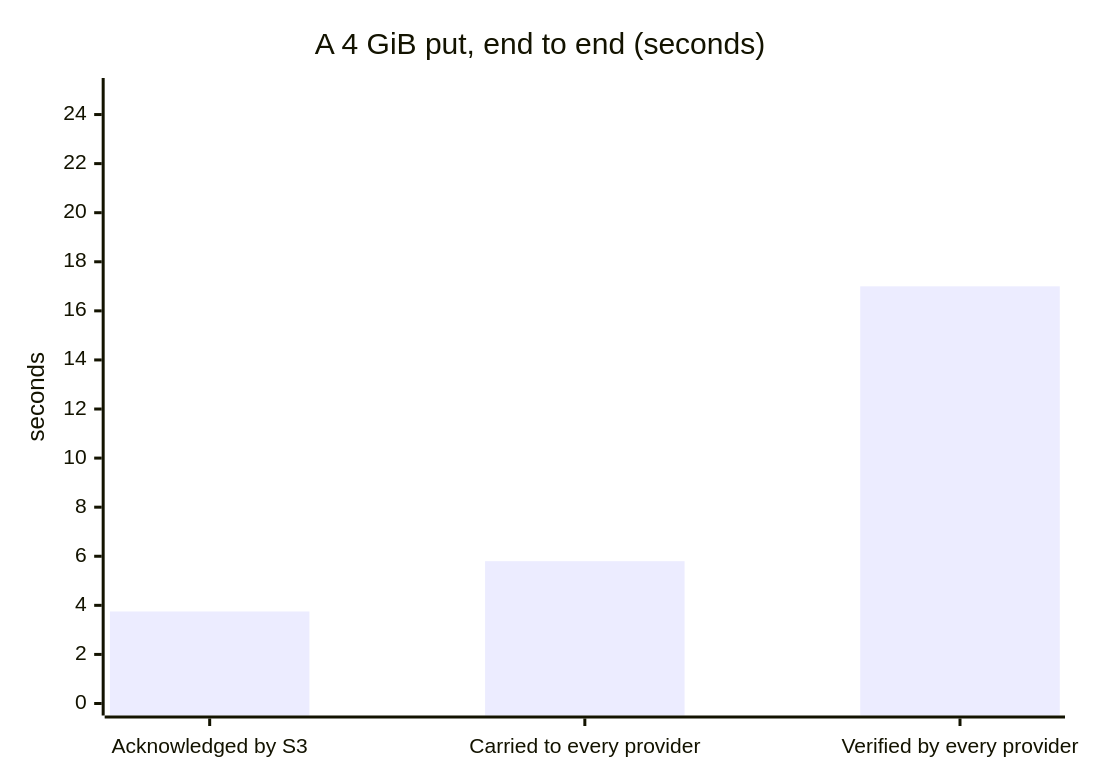
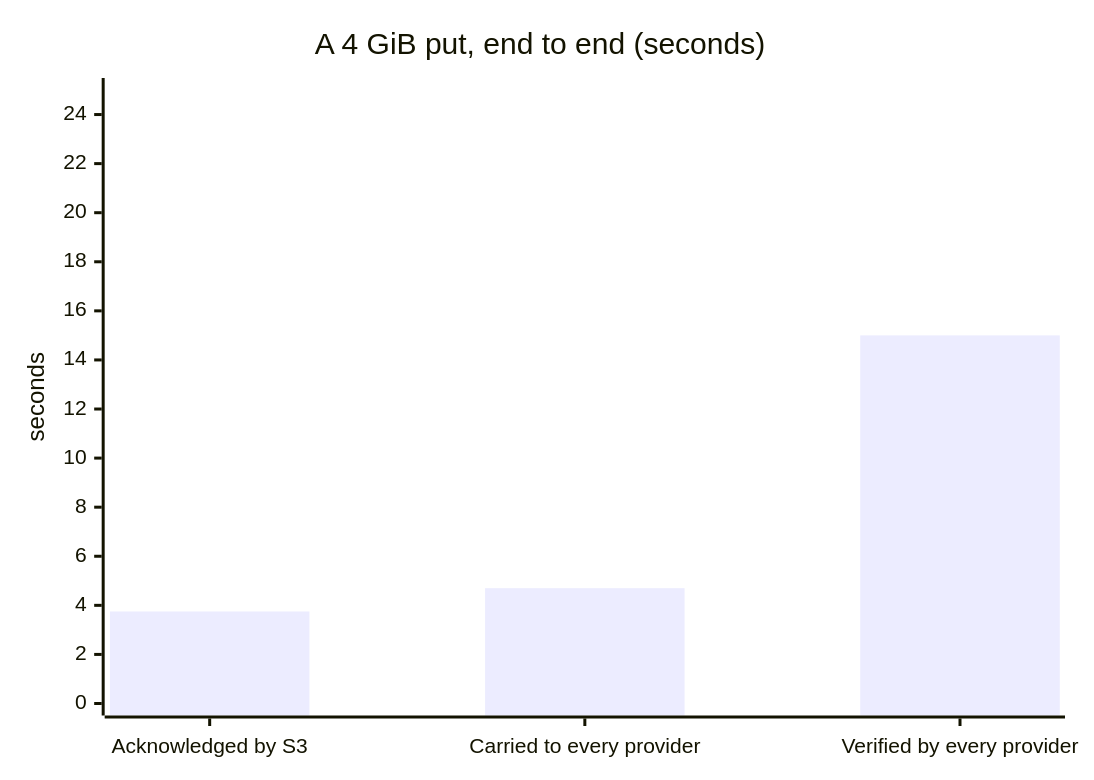
One commit to lightwebinc/bstore changed the second of 2 diagrams in README.md. Above: the diagram before and after it, drawn with Mermaid. The commit also changed other lines of this file and 1 other file, not shown here.

````diff
--- a/README.md
+++ b/README.md
@@ -103,7 +103,7 @@
 ```mermaid
 xychart-beta
   title "A 4 GiB put, end to end (seconds)"
   x-axis ["Acknowledged by S3", "Carried to every provider", "Verified by every provider"]
   y-axis "seconds" 0 --> 25
-  bar [3.75, 5.8, 17]
+  bar [3.75, 4.7, 15]
 ```
````
